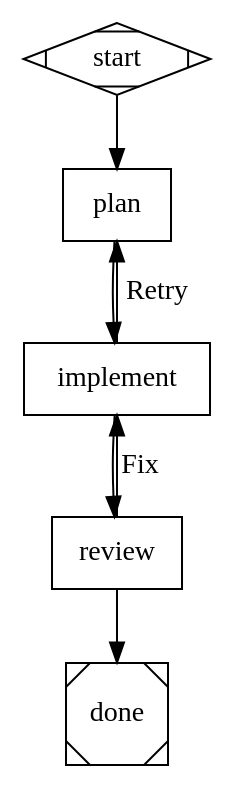
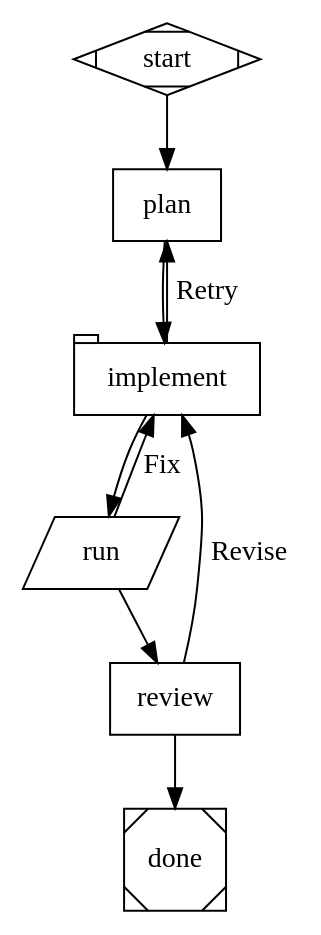
The diagram in example.dot (TheFellow/fkyeah), drawn with Graphviz before and after one commit. The commit also changed 2 other files, not shown here.

```diff
--- a/example.dot
+++ b/example.dot
@@ -1,16 +1,19 @@
 digraph hello_pipeline {
     graph [goal="Create a hello world Python script"]
 
     start     [shape=Mdiamond]
     plan      [shape=box, prompt="Plan how to create a hello world script for: $goal"]
-    implement [shape=box, prompt="Write the code based on the plan", goal_gate=true, retry_target="plan"]
-    review    [shape=box, prompt="Review the code for correctness"]
+    implement [shape=tab, prompt="Write the planned script to hello.py in the working directory", goal_gate=true, retry_target="plan", max_turns=30, thread_id="impl"]
+    run       [shape=parallelogram, tool_command="python3 hello.py", timeout="10s"]
+    review    [shape=box, prompt="Review the execution output. Did the script produce the expected greeting?"]
     done      [shape=Msquare]
 
     start -> plan
     plan -> implement
-    implement -> review    [condition="outcome=success"]
-    implement -> plan      [condition="outcome=fail", label="Retry"]
-    review -> done         [condition="outcome=success"]
-    review -> implement    [condition="outcome=fail", label="Fix"]
+    implement -> run      [condition="outcome=success"]
+    implement -> plan     [condition="outcome=fail", label="Retry"]
+    run -> review         [condition="outcome=success"]
+    run -> implement      [condition="outcome=fail", label="Fix"]
+    review -> done        [condition="outcome=success"]
+    review -> implement   [condition="outcome=fail", label="Revise"]
 }
```
